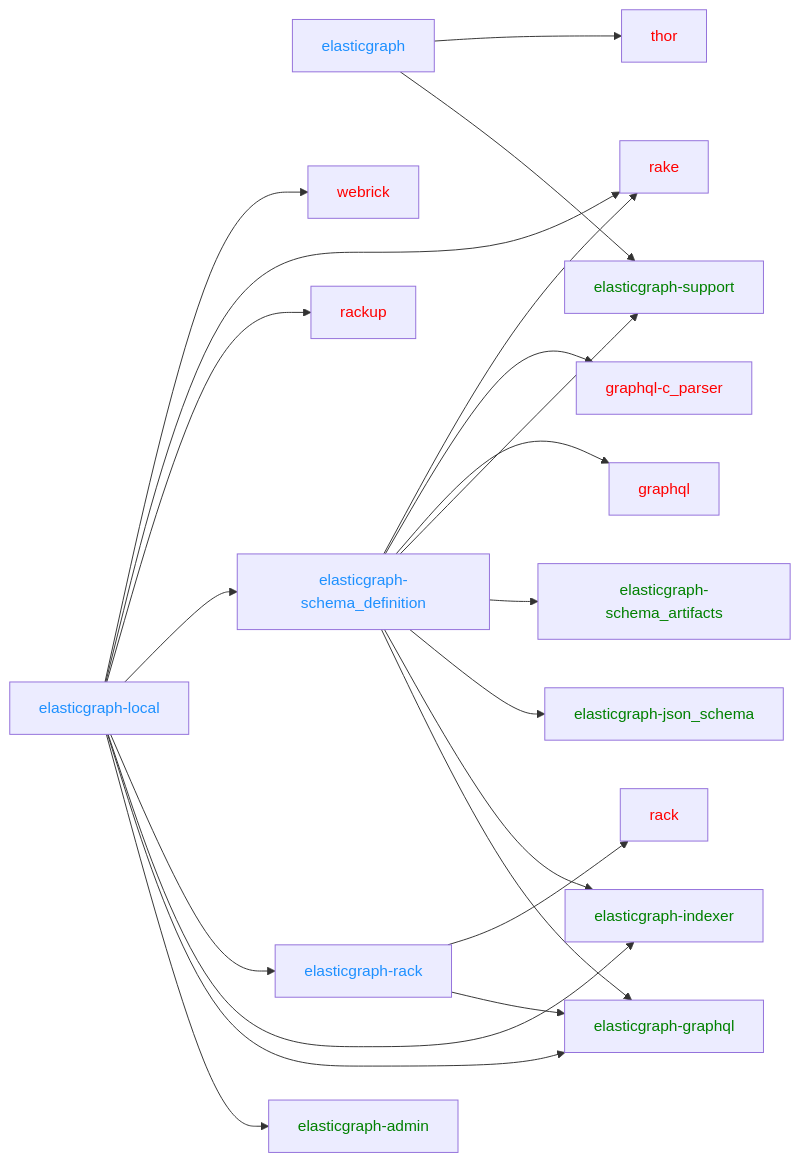
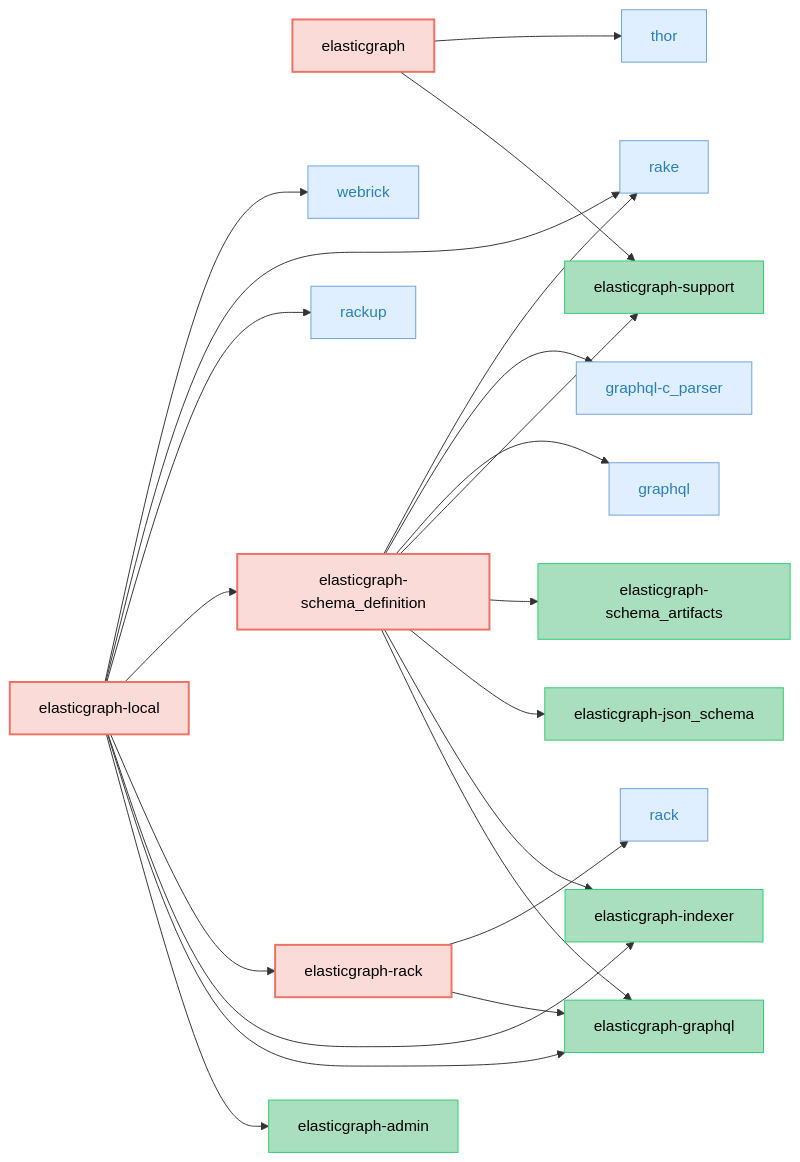
One commit to ciaran51/elasticgraph changed the fifth of 5 diagrams in CODEBASE_OVERVIEW.md. Above: the diagram before and after it, drawn with Mermaid. The commit also changed other lines of this file and 48 other files, not shown here.

First line of the commit message:
Maintain a dependency diagram on each gem README. (#620)

````diff
--- a/CODEBASE_OVERVIEW.md
+++ b/CODEBASE_OVERVIEW.md
@@ -171,31 +275,67 @@
 ```mermaid
 graph LR;
-    elasticgraph --> elasticgraph-support & thor
-    elasticgraph-local --> elasticgraph-admin & elasticgraph-graphql & elasticgraph-indexer & elasticgraph-rack & elasticgraph-schema_definition & rackup & rake & webrick
-    elasticgraph-rack --> elasticgraph-graphql & rack
-    elasticgraph-schema_definition --> elasticgraph-graphql & elasticgraph-indexer & elasticgraph-json_schema & elasticgraph-schema_artifacts & elasticgraph-support & graphql & graphql-c_parser & rake
-    style elasticgraph color: DodgerBlue;
-    style elasticgraph-local color: DodgerBlue;
-    style elasticgraph-rack color: DodgerBlue;
-    style elasticgraph-schema_definition color: DodgerBlue;
-    style elasticgraph-support color: Green;
-    style thor color: Red;
-    style elasticgraph-admin color: Green;
-    style elasticgraph-graphql color: Green;
-    style elasticgraph-indexer color: Green;
-    style rackup color: Red;
-    style rake color: Red;
-    style webrick color: Red;
-    style rack color: Red;
-    style elasticgraph-json_schema color: Green;
-    style elasticgraph-schema_artifacts color: Green;
-    style graphql color: Red;
-    style graphql-c_parser color: Red;
-click graphql href "https://rubygems.org/gems/graphql"
-click graphql-c_parser href "https://rubygems.org/gems/graphql-c_parser"
-click rack href "https://rubygems.org/gems/rack"
-click rackup href "https://rubygems.org/gems/rackup"
-click rake href "https://rubygems.org/gems/rake"
-click thor href "https://rubygems.org/gems/thor"
-click webrick href "https://rubygems.org/gems/webrick"
+    classDef targetGemStyle fill:#FADBD8,stroke:#EC7063,color:#000,stroke-width:2px;
+    classDef otherEgGemStyle fill:#A9DFBF,stroke:#2ECC71,color:#000;
+    classDef externalGemCatStyle fill:#E0EFFF,stroke:#70A1D7,color:#2980B9;
+    elasticgraph["elasticgraph"];
+    elasticgraph-support["elasticgraph-support"];
+    thor["thor"];
+    elasticgraph-local["elasticgraph-local"];
+    elasticgraph-admin["elasticgraph-admin"];
+    elasticgraph-graphql["elasticgraph-graphql"];
+    elasticgraph-indexer["elasticgraph-indexer"];
+    elasticgraph-rack["elasticgraph-rack"];
+    elasticgraph-schema_definition["elasticgraph-schema_definition"];
+    rackup["rackup"];
+    rake["rake"];
+    webrick["webrick"];
+    rack["rack"];
+    elasticgraph-json_schema["elasticgraph-json_schema"];
+    elasticgraph-schema_artifacts["elasticgraph-schema_artifacts"];
+    graphql["graphql"];
+    graphql-c_parser["graphql-c_parser"];
+    elasticgraph --> elasticgraph-support;
+    elasticgraph --> thor;
+    elasticgraph-local --> elasticgraph-admin;
+    elasticgraph-local --> elasticgraph-graphql;
+    elasticgraph-local --> elasticgraph-indexer;
+    elasticgraph-local --> elasticgraph-rack;
+    elasticgraph-local --> elasticgraph-schema_definition;
+    elasticgraph-local --> rackup;
+    elasticgraph-local --> rake;
+    elasticgraph-local --> webrick;
+    elasticgraph-rack --> elasticgraph-graphql;
+    elasticgraph-rack --> rack;
+    elasticgraph-schema_definition --> elasticgraph-graphql;
+    elasticgraph-schema_definition --> elasticgraph-indexer;
+    elasticgraph-schema_definition --> elasticgraph-json_schema;
+    elasticgraph-schema_definition --> elasticgraph-schema_artifacts;
+    elasticgraph-schema_definition --> elasticgraph-support;
+    elasticgraph-schema_definition --> graphql;
+    elasticgraph-schema_definition --> graphql-c_parser;
+    elasticgraph-schema_definition --> rake;
+    class elasticgraph targetGemStyle;
+    class elasticgraph-support otherEgGemStyle;
+    class thor externalGemCatStyle;
+    class elasticgraph-local targetGemStyle;
+    class elasticgraph-admin otherEgGemStyle;
+    class elasticgraph-graphql otherEgGemStyle;
+    class elasticgraph-indexer otherEgGemStyle;
+    class elasticgraph-rack targetGemStyle;
+    class elasticgraph-schema_definition targetGemStyle;
+    class rackup externalGemCatStyle;
+    class rake externalGemCatStyle;
+    class webrick externalGemCatStyle;
+    class rack externalGemCatStyle;
+    class elasticgraph-json_schema otherEgGemStyle;
+    class elasticgraph-schema_artifacts otherEgGemStyle;
+    class graphql externalGemCatStyle;
+    class graphql-c_parser externalGemCatStyle;
+    click thor href "https://rubygems.org/gems/thor" "Open on RubyGems.org" _blank;
+    click rackup href "https://rubygems.org/gems/rackup" "Open on RubyGems.org" _blank;
+    click rake href "https://rubygems.org/gems/rake" "Open on RubyGems.org" _blank;
+    click webrick href "https://rubygems.org/gems/webrick" "Open on RubyGems.org" _blank;
+    click rack href "https://rubygems.org/gems/rack" "Open on RubyGems.org" _blank;
+    click graphql href "https://rubygems.org/gems/graphql" "Open on RubyGems.org" _blank;
+    click graphql-c_parser href "https://rubygems.org/gems/graphql-c_parser" "Open on RubyGems.org" _blank;
 ```
````
